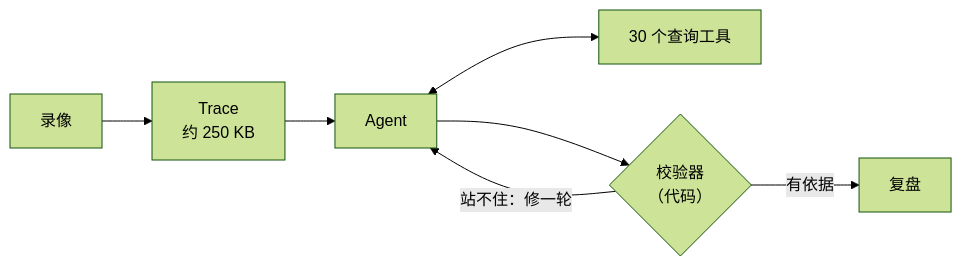
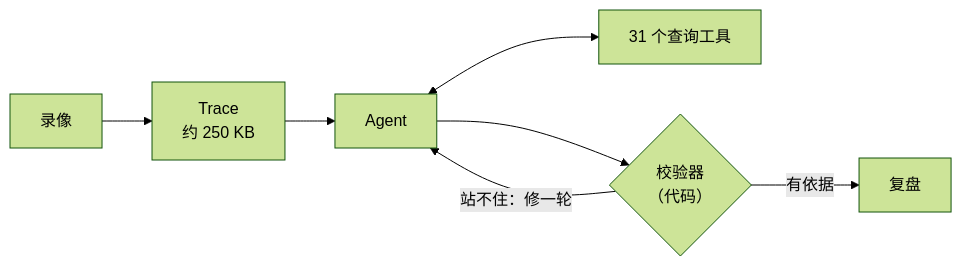
The diagram in README.zh-CN.md (qianhaoq/dota2.ai), drawn with Mermaid (forest theme) before and after one commit. The commit also changed other lines of this file and 13 other files, not shown here.

````diff
--- a/README.zh-CN.md
+++ b/README.zh-CN.md
@@ -101,9 +101,9 @@
 ```mermaid
 flowchart LR
     R["录像"] --> T["Trace<br/>约 250 KB"]
     T --> A["Agent"]
-    A <--> L["30 个查询工具"]
+    A <--> L["31 个查询工具"]
     A --> V{"校验器<br/>（代码）"}
     V -- "站不住：修一轮" --> A
     V -- "有依据" --> D["复盘"]
 ```
````
